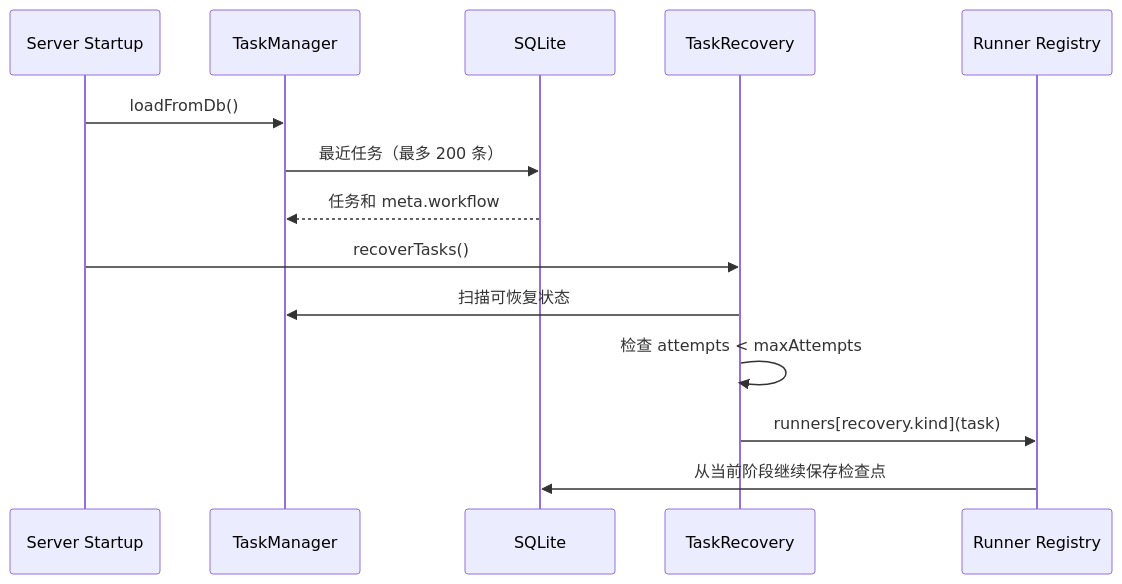
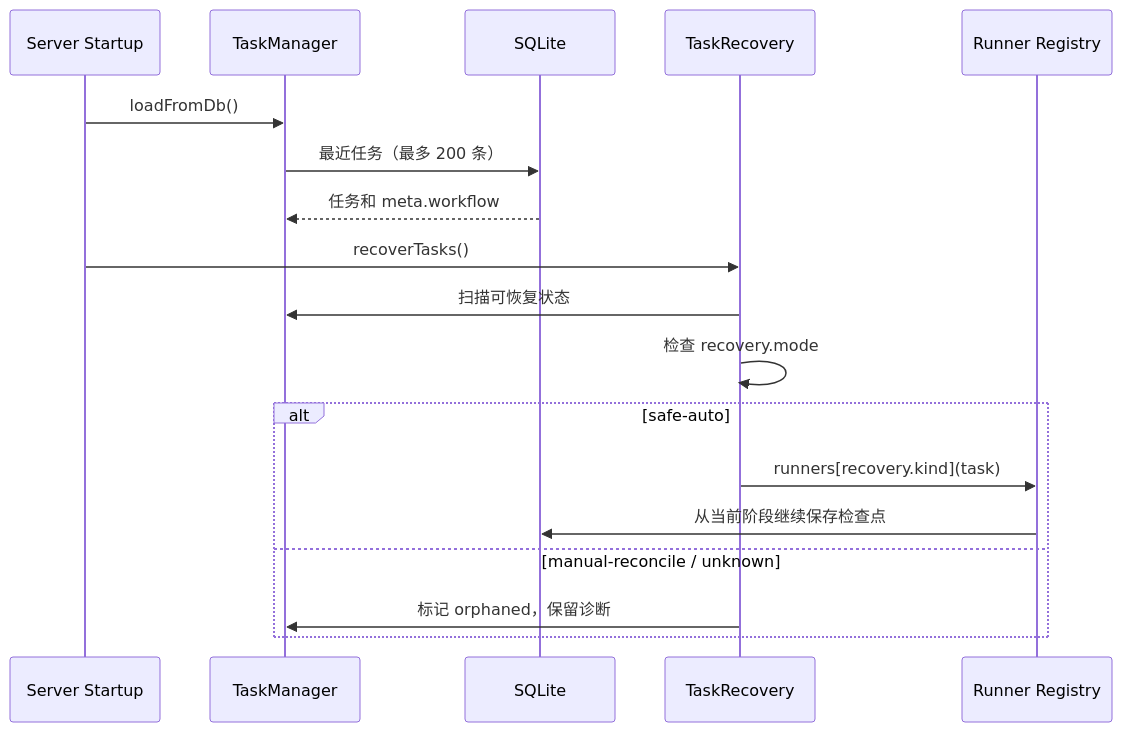
Before and after one commit to 728792899-create/aigc-video-platform: the fourth of 4 diagrams in docs/workflow-recovery.md, drawn with Mermaid. The commit also changed other lines of this file and 318 other files, not shown here.

````diff
--- a/docs/workflow-recovery.md
+++ b/docs/workflow-recovery.md
@@ -141,17 +147,21 @@
 ```mermaid
 sequenceDiagram
   participant Boot as Server Startup
   participant TM as TaskManager
   participant DB as SQLite
   participant Recovery as TaskRecovery
   participant Runner as Runner Registry
 
   Boot->>TM: loadFromDb()
   TM->>DB: 最近任务（最多 200 条）
   DB-->>TM: 任务和 meta.workflow
   Boot->>Recovery: recoverTasks()
   Recovery->>TM: 扫描可恢复状态
-  Recovery->>Recovery: 检查 attempts < maxAttempts
-  Recovery->>Runner: runners[recovery.kind](task)
-  Runner->>DB: 从当前阶段继续保存检查点
+  Recovery->>Recovery: 检查 recovery.mode
+  alt safe-auto
+    Recovery->>Runner: runners[recovery.kind](task)
+    Runner->>DB: 从当前阶段继续保存检查点
+  else manual-reconcile / unknown
+    Recovery->>TM: 标记 orphaned，保留诊断
+  end
 ```
````
